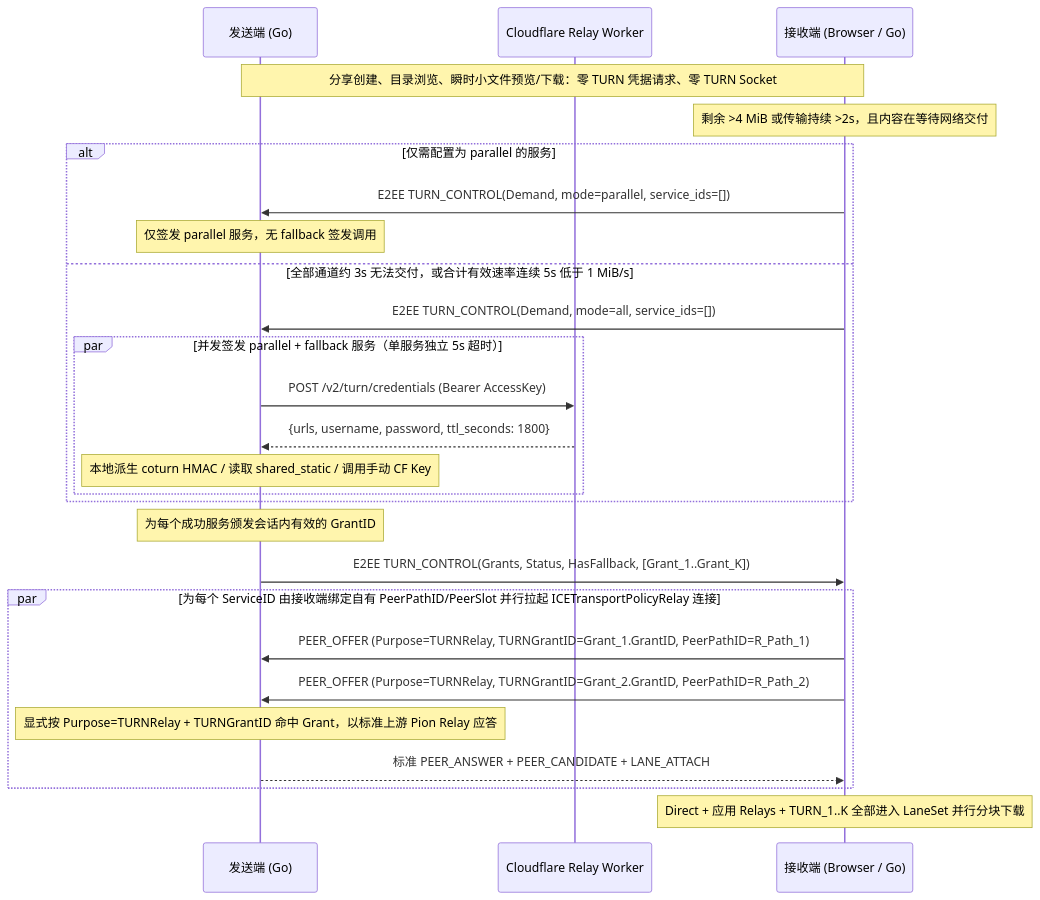
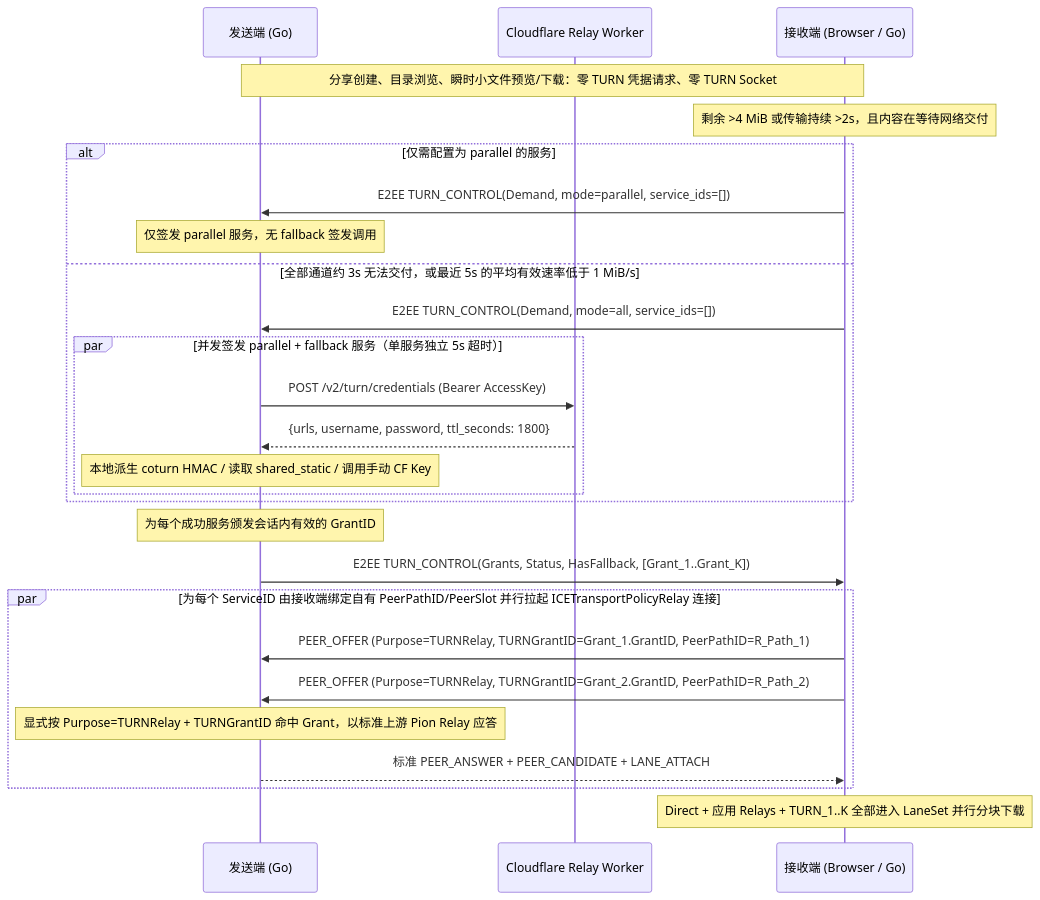
The second of 2 diagrams in docs/plans/lightweight-turn-relay.md (WindShare/windshare), drawn with Mermaid before and after one commit. The commit also changed other lines of this file and 94 other files, not shown here.

````diff
--- a/docs/plans/lightweight-turn-relay.md
+++ b/docs/plans/lightweight-turn-relay.md
@@ -86,29 +86,29 @@
 ```mermaid
 sequenceDiagram
     participant S as 发送端 (Go)
     participant CF as Cloudflare Relay Worker
     participant R as 接收端 (Browser / Go)
 
     Note over S,R: 分享创建、目录浏览、瞬时小文件预览/下载：零 TURN 凭据请求、零 TURN Socket
     Note over R: 剩余 >4 MiB 或传输持续 >2s，且内容在等待网络交付
     alt 仅需配置为 parallel 的服务
         R->>S: E2EE TURN_CONTROL(Demand, mode=parallel, service_ids=[])
         Note over S: 仅签发 parallel 服务，无 fallback 签发调用
-    else 全部通道约 3s 无法交付，或合计有效速率连续 5s 低于 1 MiB/s
+    else 全部通道约 3s 无法交付，或最近 5s 的平均有效速率低于 1 MiB/s
         R->>S: E2EE TURN_CONTROL(Demand, mode=all, service_ids=[])
         par 并发签发 parallel + fallback 服务（单服务独立 5s 超时）
             S->>CF: POST /v2/turn/credentials (Bearer AccessKey)
             CF-->>S: {urls, username, password, ttl_seconds: 1800}
             Note over S: 本地派生 coturn HMAC / 读取 shared_static / 调用手动 CF Key
         end
     end
     Note over S: 为每个成功服务颁发会话内有效的 GrantID
     S->>R: E2EE TURN_CONTROL(Grants, Status, HasFallback, [Grant_1..Grant_K])
     par 为每个 ServiceID 由接收端绑定自有 PeerPathID/PeerSlot 并行拉起 ICETransportPolicyRelay 连接
         R->>S: PEER_OFFER (Purpose=TURNRelay, TURNGrantID=Grant_1.GrantID, PeerPathID=R_Path_1)
         R->>S: PEER_OFFER (Purpose=TURNRelay, TURNGrantID=Grant_2.GrantID, PeerPathID=R_Path_2)
         Note over S: 显式按 Purpose=TURNRelay + TURNGrantID 命中 Grant，以标准上游 Pion Relay 应答
         S-->>R: 标准 PEER_ANSWER + PEER_CANDIDATE + LANE_ATTACH
     end
     Note over R: Direct + 应用 Relays + TURN_1..K 全部进入 LaneSet 并行分块下载
 ```
````
